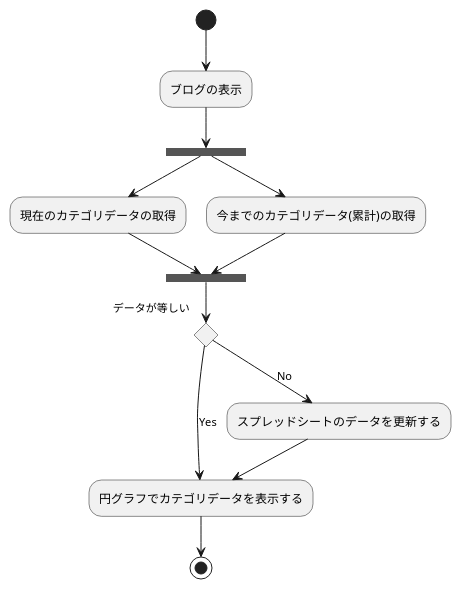
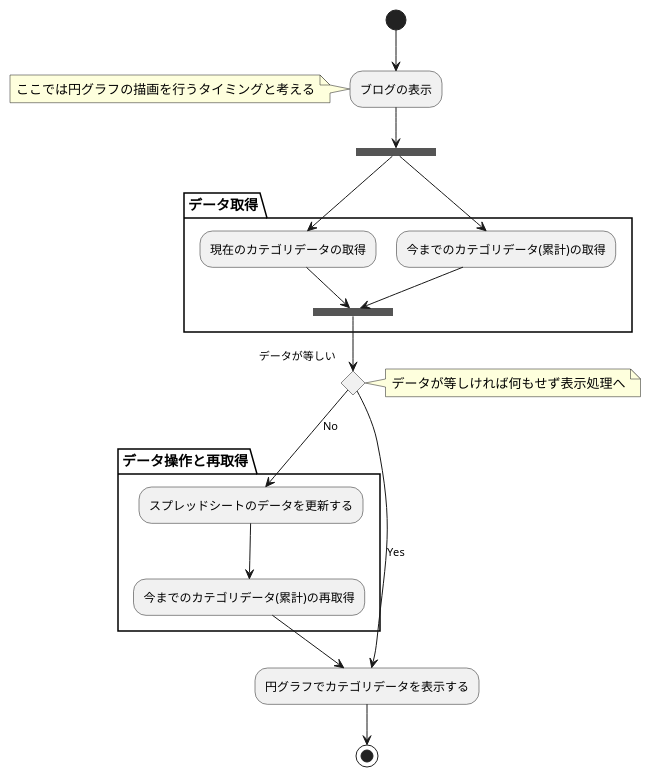
One commit to AmGacrux/HatenaBlog_CategoriesAggregation changed the diagram in activity.pu. Above: the diagram before and after it, drawn with PlantUML. The commit also changed 1 other file, not shown here.

```diff
--- a/activity.pu
+++ b/activity.pu
@@ -1,17 +1,23 @@
-@startuml
+@startuml Activity
 (*) --> "ブログの表示" 
+note left: ここでは円グラフの描画を行うタイミングと考える
 "ブログの表示" --> ===fork===
+partition "データ取得" {
 ===fork=== --> "現在のカテゴリデータの取得"
 --> ===join===
 ===fork=== --> "今までのカテゴリデータ(累計)の取得"
 --> ===join===
+}
 
-if "データが等しい" then
---> [Yes] "円グラフでカテゴリデータを表示する" 
+if "データが等しい" then 
+note right: データが等しければ何もせず表示処理へ
+--> [Yes] "円グラフでカテゴリデータを表示する"
 else
---> [No] "スプレッドシートのデータを更新する"
+partition "データ操作と再取得" { 
+--> [No] "スプレッドシートのデータを更新する" 
+--> "今までのカテゴリデータ(累計)の再取得"
 --> "円グラフでカテゴリデータを表示する" 
+}
 endif
-
 --> (*)
 @enduml
```
